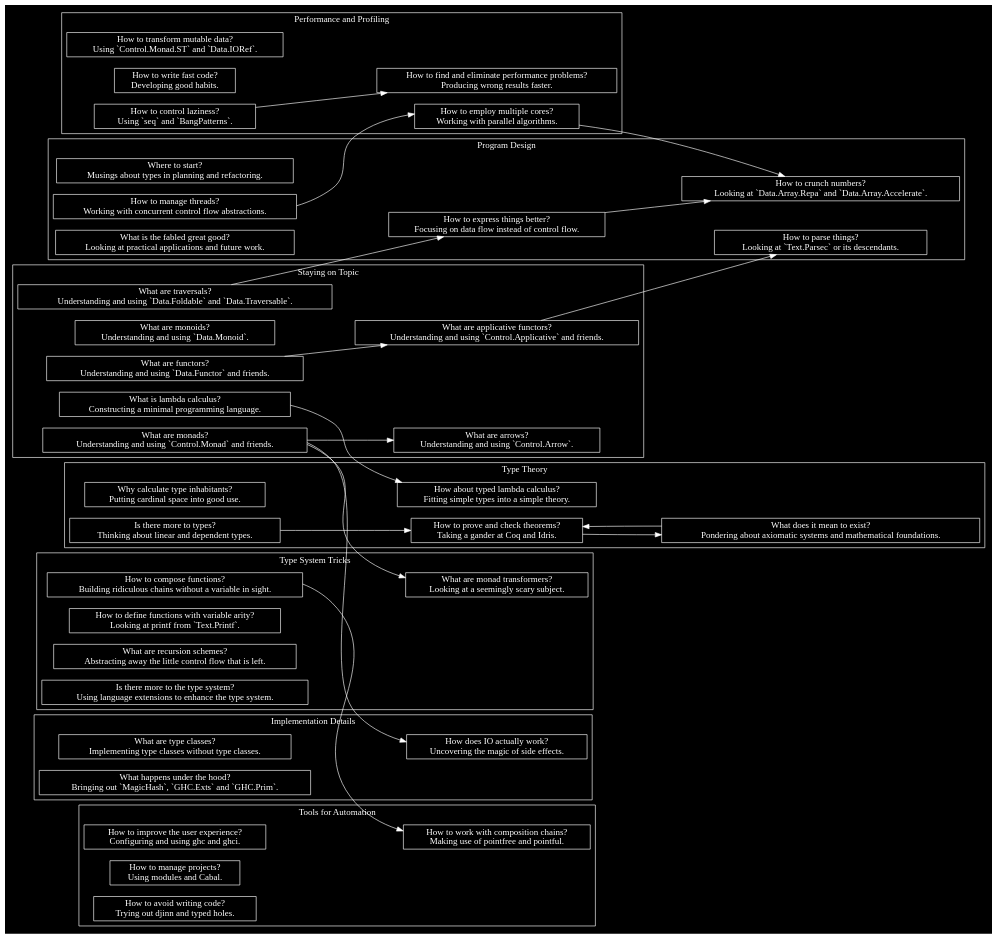
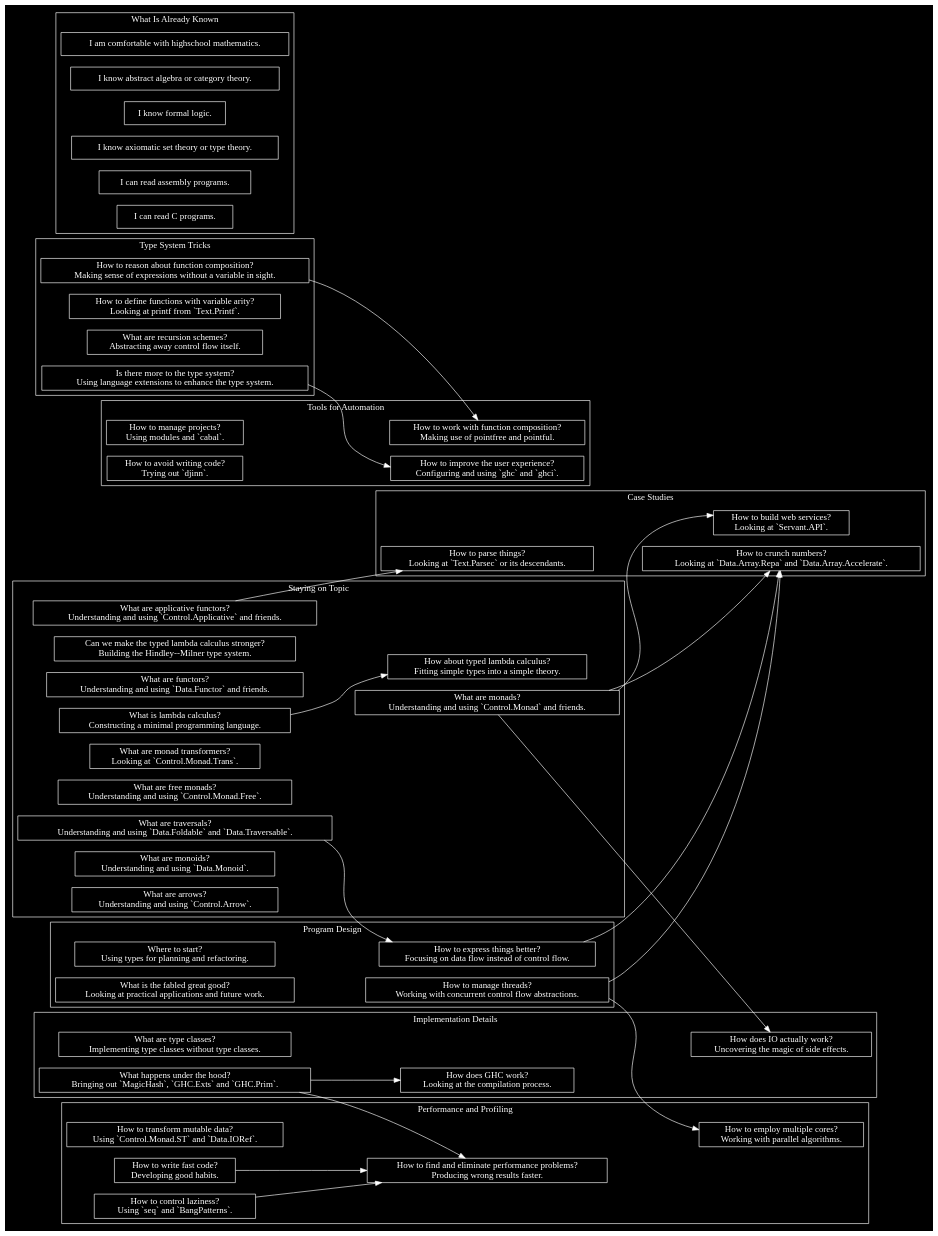
The diagram in topics.dot (Tuplanolla/voting-topics), drawn with Graphviz before and after one commit. The commit also changed 1 other file, not shown here.

Commit message:
Just stupid PHP things.

```diff
--- a/topics.dot
+++ b/topics.dot
@@ -1,92 +1,114 @@
 digraph topics {
   graph [bgcolor=black, color=white, fontcolor=white]
   node [bgcolor=black, color=white, fontcolor=white]
   edge [bgcolor=black, color=white, fontcolor=white]
 
   newrank=true
   rankdir=LR
   node [shape=box]
 
   subgraph cluster_topical {
     label="Staying on Topic"
-    lc [label="What is lambda calculus?\nConstructing a minimal programming language."]
-    monoids [label="What are monoids?\nUnderstanding and using `Data.Monoid`."]
+    lc
+    [label="What is lambda calculus?\nConstructing a minimal programming language."]
+    stlc [label="How about typed lambda calculus?\nFitting simple types into a simple theory."]
+    hm [label="Can we make the typed lambda calculus stronger?\nBuilding the Hindley--Milner type system."]
     functors
     [label="What are functors?\nUnderstanding and using `Data.Functor` and friends."]
     applicatives
     [label="What are applicative functors?\nUnderstanding and using `Control.Applicative` and friends."]
     monads
     [label="What are monads?\nUnderstanding and using `Control.Monad` and friends."]
-    traversals
-    [label="What are traversals?\nUnderstanding and using `Data.Foldable` and `Data.Traversable`."]
+    mt
+    [label="What are monad transformers?\nLooking at `Control.Monad.Trans`."]
+    free
+    [label="What are free monads?\nUnderstanding and using `Control.Monad.Free`."]
+    traversals [label="What are traversals?\nUnderstanding and using `Data.Foldable` and `Data.Traversable`."]
+    monoids [label="What are monoids?\nUnderstanding and using `Data.Monoid`."]
     arrows [label="What are arrows?\nUnderstanding and using `Control.Arrow`."]
   }
 
-  subgraph cluster_theory {
-    label="Type Theory"
-    stlc [label="How about typed lambda calculus?\nFitting simple types into a simple theory."]
-    cardinal [label="Why calculate type inhabitants?\nPutting cardinal space into good use."]
-    dependent [label="Is there more to types?\nThinking about linear and dependent types."]
-    proofs [label="How to prove and check theorems?\nTaking a gander at Coq and Idris."]
-    foundations [label="What does it mean to exist?\nPondering about axiomatic systems and mathematical foundations."]
+  subgraph cluster_cases {
+    label="Case Studies"
+    parsec [label="How to parse things?\nLooking at `Text.Parsec` or its descendants."]
+    repa [label="How to crunch numbers?\nLooking at `Data.Array.Repa` and `Data.Array.Accelerate`."]
+    servant [label="How to build web services?\nLooking at `Servant.API`."]
   }
 
   subgraph cluster_design {
     label="Program Design"
-    plan [label="Where to start?\nMusings about types in planning and refactoring."]
+    plan [label="Where to start?\nUsing types for planning and refactoring."]
     flow [label="How to express things better?\nFocusing on data flow instead of control flow."]
-    parsec [label="How to parse things?\nLooking at `Text.Parsec` or its descendants."]
-    repa [label="How to crunch numbers?\nLooking at `Data.Array.Repa` and `Data.Array.Accelerate`."]
     concurrent [label="How to manage threads?\nWorking with concurrent control flow abstractions."]
     work [label="What is the fabled great good?\nLooking at practical applications and future work."]
   }
 
-  subgraph cluster_automation {
-    label="Tools for Automation"
-    ghc [label="How to improve the user experience?\nConfiguring and using ghc and ghci."]
-    cabal [label="How to manage projects?\nUsing modules and Cabal."]
-    pointfree [label="How to work with composition chains?\nMaking use of pointfree and pointful."]
-    djinn [label="How to avoid writing code?\nTrying out djinn and typed holes."]
-  }
-
   subgraph cluster_tricks {
     label="Type System Tricks"
-    mt [label="What are monad transformers?\nLooking at a seemingly scary subject."]
-    comp [label="How to compose functions?\nBuilding ridiculous chains without a variable in sight."]
+    composition [label="How to reason about function composition?\nMaking sense of expressions without a variable in sight."]
     printf [label="How to define functions with variable arity?\nLooking at printf from `Text.Printf`."]
-    schemes [label="What are recursion schemes?\nAbstracting away the little control flow that is left."]
+    schemes [label="What are recursion schemes?\nAbstracting away control flow itself."]
     extensions [label="Is there more to the type system?\nUsing language extensions to enhance the type system."]
   }
 
   subgraph cluster_performance {
     label="Performance and Profiling"
     mutable [label="How to transform mutable data?\nUsing `Control.Monad.ST` and `Data.IORef`."]
     habits [label="How to write fast code?\nDeveloping good habits."]
     seq [label="How to control laziness?\nUsing `seq` and `BangPatterns`."]
     parallel [label="How to employ multiple cores?\nWorking with parallel algorithms."]
     prof [label="How to find and eliminate performance problems?\nProducing wrong results faster."]
   }
 
+  subgraph cluster_automation {
+    label="Tools for Automation"
+    ghc [label="How to improve the user experience?\nConfiguring and using `ghc` and `ghci`."]
+    cabal [label="How to manage projects?\nUsing modules and `cabal`."]
+    pointfree [label="How to work with function composition?\nMaking use of pointfree and pointful."]
+    djinn [label="How to avoid writing code?\nTrying out `djinn`."]
+  }
+
   subgraph cluster_implementation {
     label="Implementation Details"
     classes [label="What are type classes?\nImplementing type classes without type classes."]
     io [label="How does IO actually work?\nUncovering the magic of side effects."]
+    core [label="How does GHC work?\nLooking at the compilation process."]
     prim [label="What happens under the hood?\nBringing out `MagicHash`, `GHC.Exts` and `GHC.Prim`."]
   }
 
-  functors -> applicatives
-  monads -> arrows
-  monads -> mt
-  monads -> io
+  /*
+  subgraph cluster_theory {
+    label="Type Theory (Not on This Course)"
+    cardinal [label="Why calculate type inhabitants?\nPutting cardinal space into good use."]
+    dependent [label="Is there more to types?\nThinking about linear and dependent types."]
+    proofs [label="How to prove and check theorems?\nWorking with Coq."]
+    foundations [label="How deep does it go?\nGetting lost in axiomatic systems of mathematical foundations."]
+  }
+  */
+
+  subgraph cluster_skills {
+    label="What Is Already Known"
+    hsm [label="I am comfortable with highschool mathematics."]
+    algebra [label="I know abstract algebra or category theory."]
+    fl [label="I know formal logic."]
+    axiomatic [label="I know axiomatic set theory or type theory."]
+    assembly [label="I can read assembly programs."]
+    c [label="I can read C programs."]
+  }
+
   lc -> stlc
-  seq -> prof
   concurrent -> parallel
   applicatives -> parsec
+  monads -> io
+  monads -> repa
+  monads -> servant
+  traversals -> flow
   flow -> repa
-  parallel -> repa
-  dependent -> proofs
-  comp -> pointfree
-  proofs -> foundations
-  foundations -> proofs
-  traversals -> flow
+  habits -> prof
+  extensions -> ghc
+  seq -> prof
+  prim -> prof
+  prim -> core
+  concurrent -> repa
+  composition -> pointfree
 }
```
